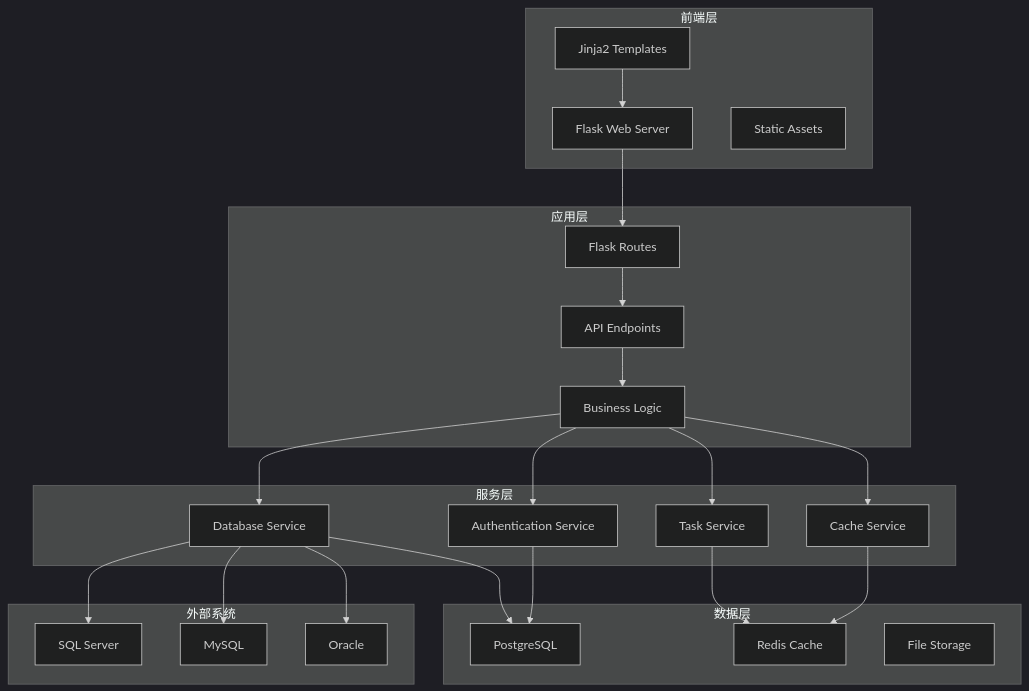
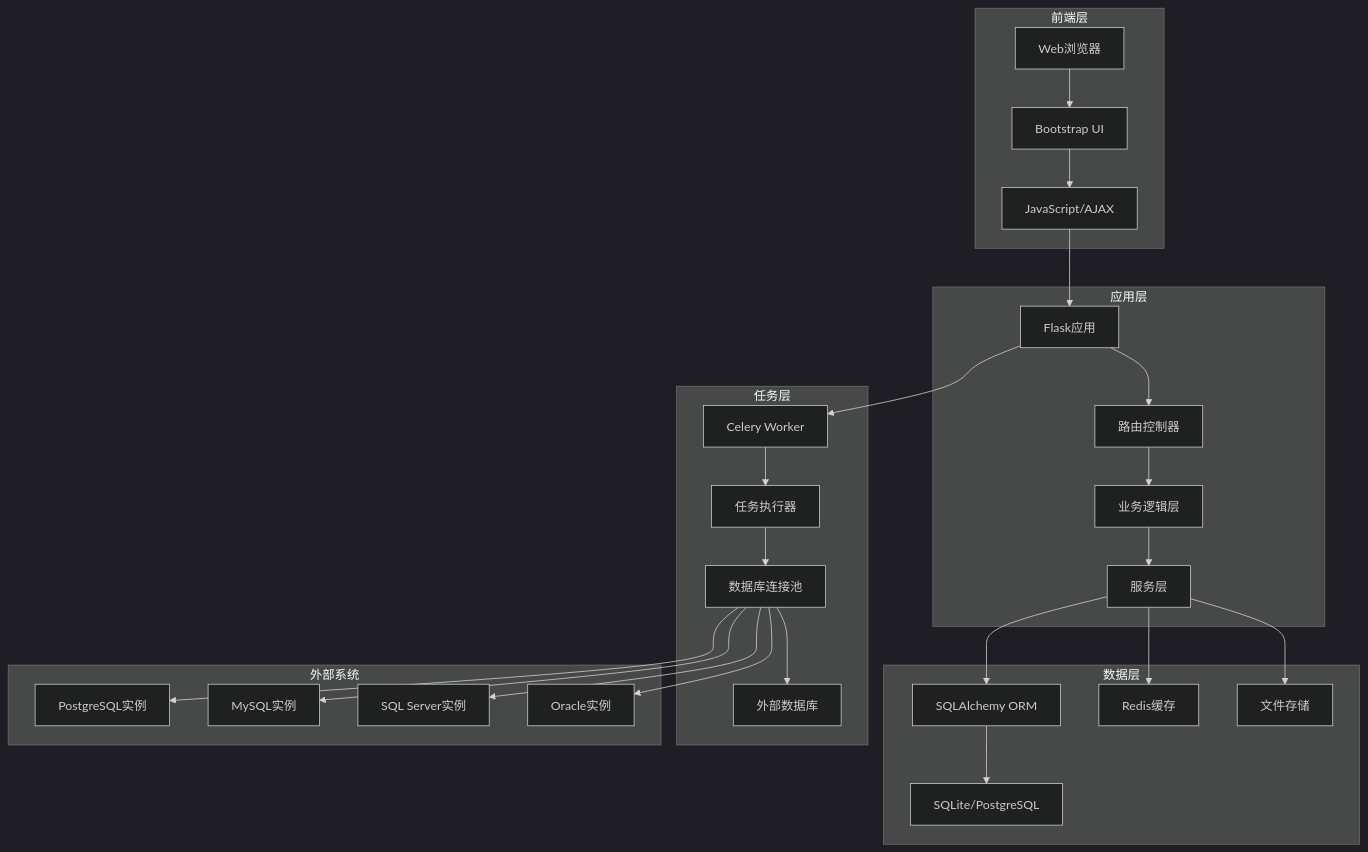
One commit to nyealovey/TaifishingV4 changed the first of 3 diagrams in doc/spec.md. Above: the diagram before and after it, drawn with Mermaid (dark theme). The commit also changed other lines of this file and 5 other files, not shown here.

````diff
--- a/doc/spec.md
+++ b/doc/spec.md
@@ -32,49 +52,40 @@
 ```mermaid
 graph TB
     subgraph "前端层"
-        A[Flask Web Server]
-        B[Jinja2 Templates]
-        C[Static Assets]
+        A[Web浏览器] --> B[Bootstrap UI]
+        B --> C[JavaScript/AJAX]
     end
     
     subgraph "应用层"
-        D[Flask Routes]
-        E[API Endpoints]
-        F[Business Logic]
-    end
-    
-    subgraph "服务层"
-        G[Authentication Service]
-        H[Database Service]
-        I[Cache Service]
-        J[Task Service]
+        C --> D[Flask应用]
+        D --> E[路由控制器]
+        E --> F[业务逻辑层]
+        F --> G[服务层]
     end
     
     subgraph "数据层"
-        K[PostgreSQL]
-        L[Redis Cache]
-        M[File Storage]
+        G --> H[SQLAlchemy ORM]
+        H --> I[SQLite/PostgreSQL]
+        G --> J[Redis缓存]
+        G --> K[文件存储]
+    end
+    
+    subgraph "任务层"
+        L[Celery Worker] --> M[任务执行器]
+        M --> N[数据库连接池]
+        N --> O[外部数据库]
     end
     
     subgraph "外部系统"
-        N[SQL Server]
-        O[MySQL]
-        P[Oracle]
+        P[PostgreSQL实例]
+        Q[MySQL实例]
+        R[SQL Server实例]
+        S[Oracle实例]
     end
     
-    A --> D
-    B --> A
-    D --> E
-    E --> F
-    F --> G
-    F --> H
-    F --> I
-    F --> J
-    G --> K
-    H --> K
-    I --> L
-    J --> L
-    H --> N
-    H --> O
-    H --> P
+    D --> L
+    N --> P
+    N --> Q
+    N --> R
+    N --> S
 ```
````
